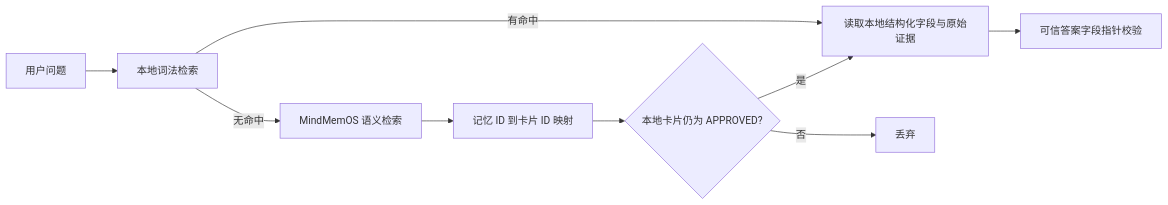
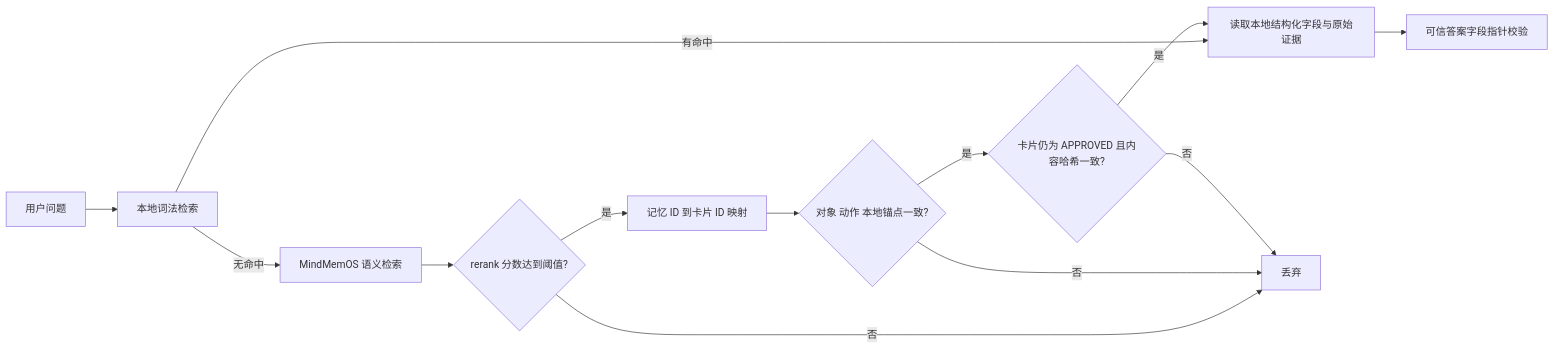
The diagram in docs/mindmemos-integration.md (Ptttt1t/ops-knowledge-studio-public), drawn with Mermaid before and after one commit. The commit also changed other lines of this file and 20 other files, not shown here.

````diff
--- a/docs/mindmemos-integration.md
+++ b/docs/mindmemos-integration.md
@@ -7,11 +7,15 @@
 ```mermaid
 flowchart LR
     A[用户问题] --> B[本地词法检索]
     B -->|有命中| G[读取本地结构化字段与原始证据]
     B -->|无命中| C[MindMemOS 语义检索]
-    C --> D[记忆 ID 到卡片 ID 映射]
-    D --> E{本地卡片仍为 APPROVED?}
-    E -->|否| F[丢弃]
+    C --> R{rerank 分数达到阈值?}
+    R -->|否| F[丢弃]
+    R -->|是| D[记忆 ID 到卡片 ID 映射]
+    D --> V{对象 动作 本地锚点一致?}
+    V -->|否| F
+    V -->|是| E{卡片仍为 APPROVED 且内容哈希一致?}
+    E -->|否| F
     E -->|是| G[读取本地结构化字段与原始证据]
     G --> H[可信答案字段指针校验]
 ```
````
